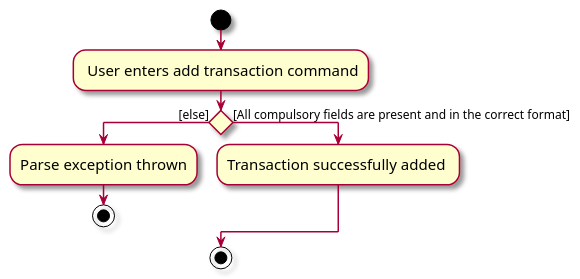
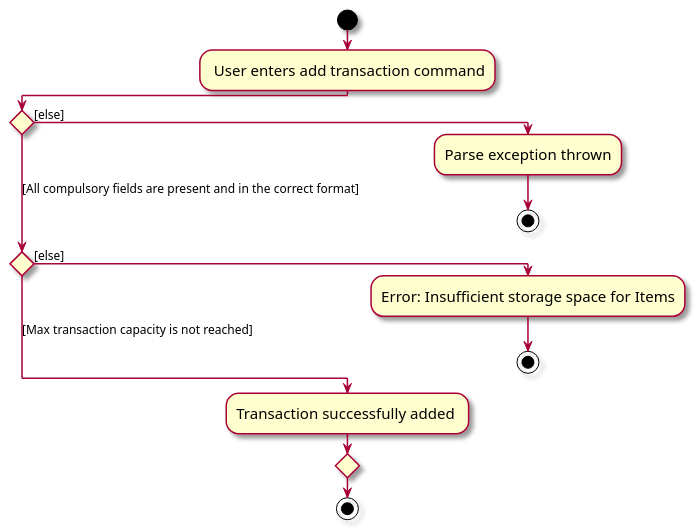
Before and after one commit to woojiahao/tp: the diagram in docs/diagrams/unicash/AddTransactionActivityDiagram.puml, drawn with PlantUML. The commit also changed 4 other files, not shown here.

```diff
--- a/docs/diagrams/unicash/AddTransactionActivityDiagram.puml
+++ b/docs/diagrams/unicash/AddTransactionActivityDiagram.puml
@@ -1,20 +1,23 @@
 @startuml
-
+!pragma useVerticalIf on
 skin rose
 skinparam ActivityFontSize 15
 skinparam ArrowFontSize 12
 start
 
 : User enters add transaction command;
 
 if () then ([else])
   :Parse exception thrown;
   stop
-else ([All compulsory fields are present and in the correct format])
+([All compulsory fields are present and in the correct format]) elseif () then ([else])
+    :Error: Insufficient storage space for Items;
+    stop
+else ([Max transaction capacity is not reached])
   :Transaction successfully added ;
 endif
 
 
 stop
 
 @enduml
```
